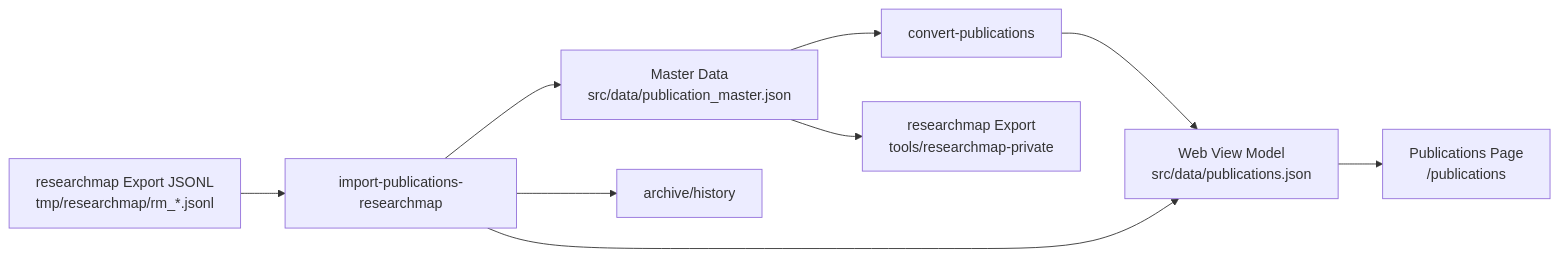
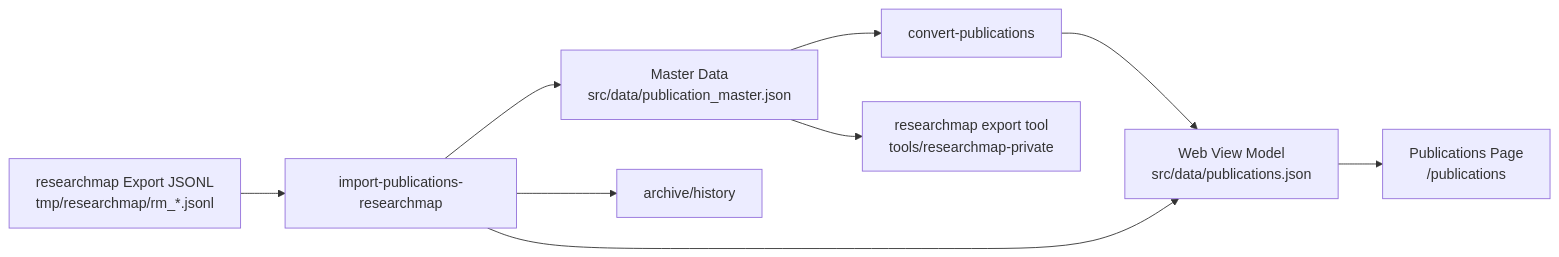
Before and after one commit to tomiokario/my-web-page: the diagram in docs/admin/publications-management.md, drawn with Mermaid. The commit also changed other lines of this file and 27 other files, not shown here.

Commit message:
Vercel エラーを解消し researchmap tool を統合

````diff
--- a/docs/admin/publications-management.md
+++ b/docs/admin/publications-management.md
@@ -62,11 +62,11 @@
 ```mermaid
 flowchart LR
     I[researchmap Export JSONL<br/>tmp/researchmap/rm_*.jsonl] --> J[import-publications-researchmap]
     J --> C[Master Data<br/>src/data/publication_master.json]
     C --> D[convert-publications]
     D --> E[Web View Model<br/>src/data/publications.json]
     E --> G[Publications Page<br/>/publications]
-    C --> H[researchmap Export<br/>tools/researchmap-private]
+    C --> H[researchmap export tool<br/>tools/researchmap-private]
     J --> E
     J --> K[archive/history]
 ```
````
